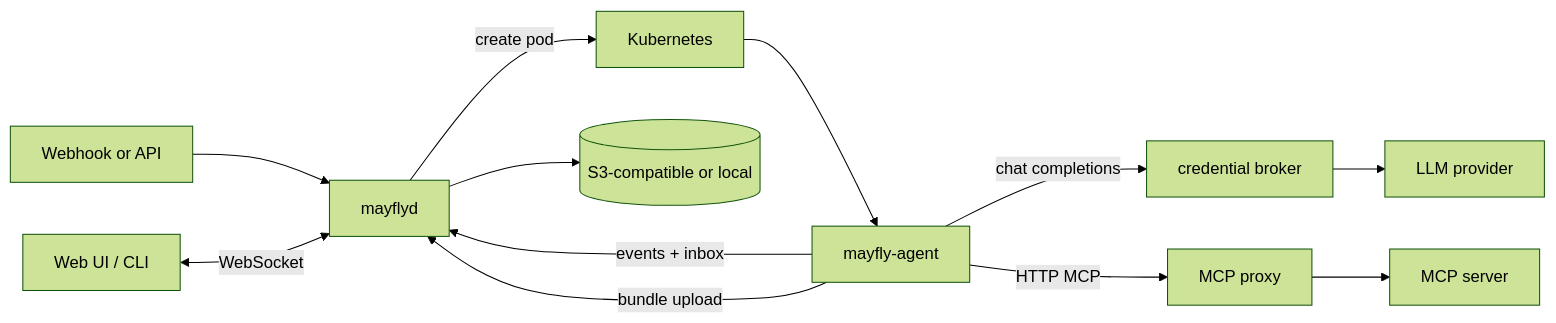
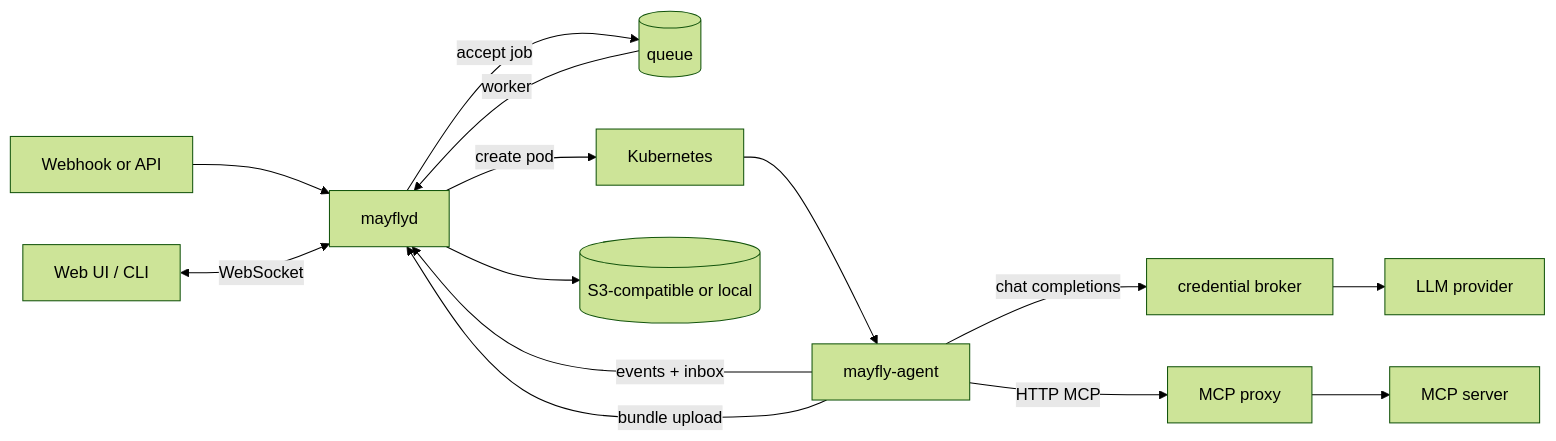
Before and after one commit to hayfever/mayfly: the diagram in README.md, drawn with Mermaid (forest theme). The commit also changed other lines of this file and 31 other files, not shown here.

First line of the commit message:
Accept webhooks into a durable queue

````diff
--- a/README.md
+++ b/README.md
@@ -24,14 +25,16 @@
 ```mermaid
 flowchart LR
   T[Webhook or API] --> C[mayflyd]
+  C -->|accept job| Q[(queue)]
   U[Web UI / CLI] <-->|WebSocket| C
+  Q -->|worker| C
   C -->|create pod| K[Kubernetes]
   K --> A[mayfly-agent]
   A -->|events + inbox| C
   A -->|chat completions| B[credential broker]
   B --> L[LLM provider]
   A -->|HTTP MCP| P[MCP proxy]
   P --> M[MCP server]
   A -->|bundle upload| C
   C --> S[(S3-compatible or local)]
 ```
````
